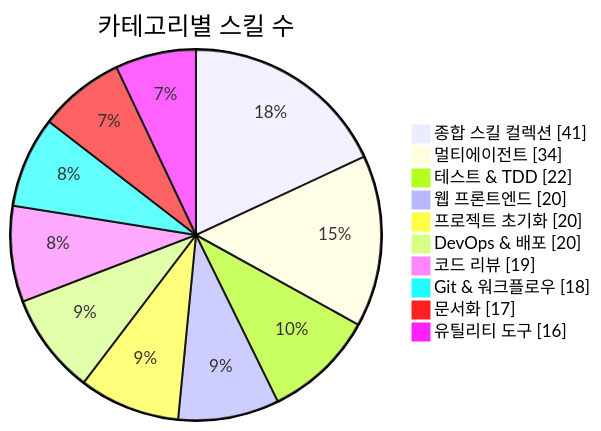
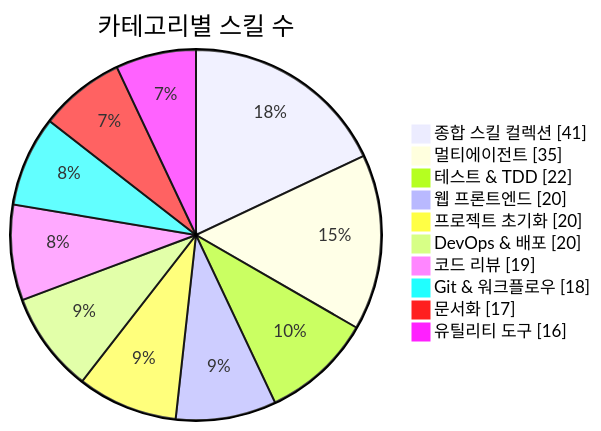
One commit to J-nowcow/awesome-korean-agent-skills changed the first of 3 diagrams in README.md. Above: the diagram before and after it, drawn with Mermaid. The commit also changed other lines of this file and 4 other files, not shown here.

````diff
--- a/README.md
+++ b/README.md
@@ -176,14 +176,14 @@
 ```mermaid
 pie showData
     title 카테고리별 스킬 수
     "종합 스킬 컬렉션" : 41
-    "멀티에이전트" : 34
+    "멀티에이전트" : 35
     "테스트 & TDD" : 22
     "웹 프론트엔드" : 20
     "프로젝트 초기화" : 20
     "DevOps & 배포" : 20
     "코드 리뷰" : 19
     "Git & 워크플로우" : 18
     "문서화" : 17
     "유틸리티 도구" : 16
 ```
````
